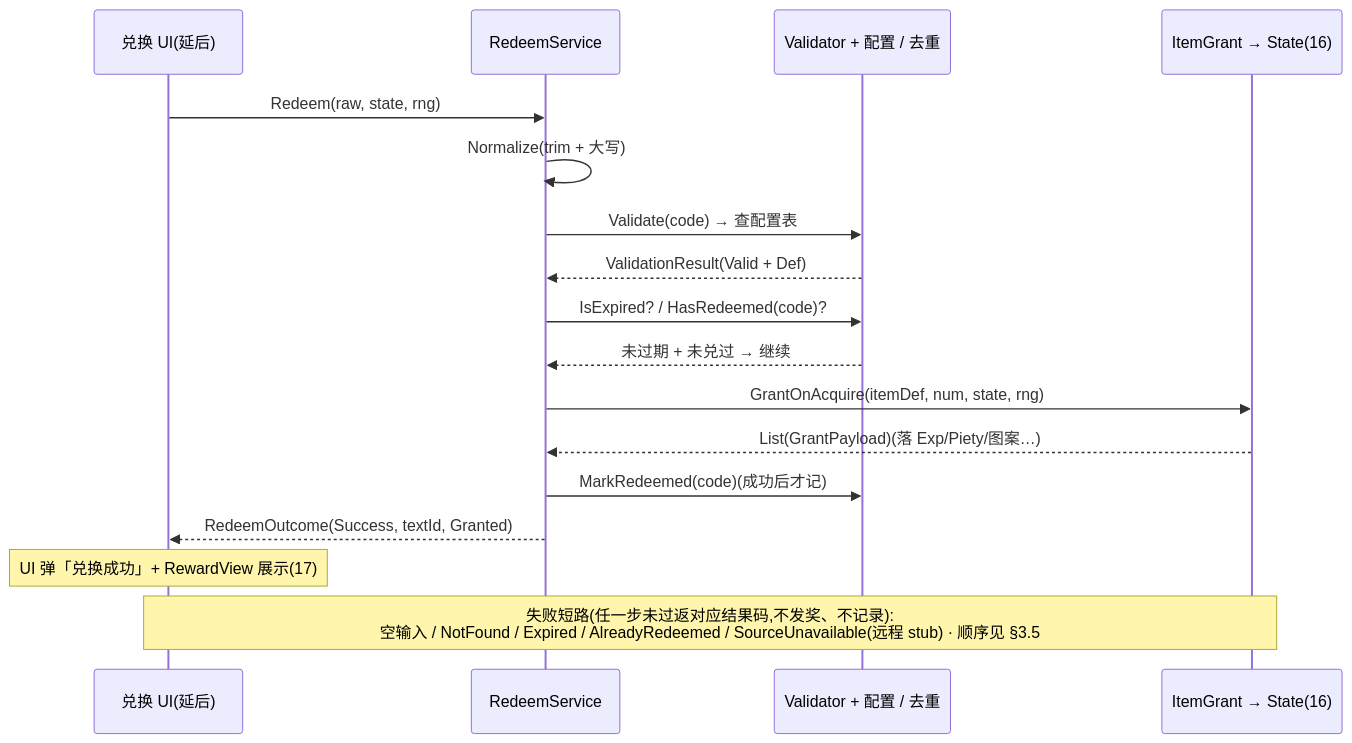
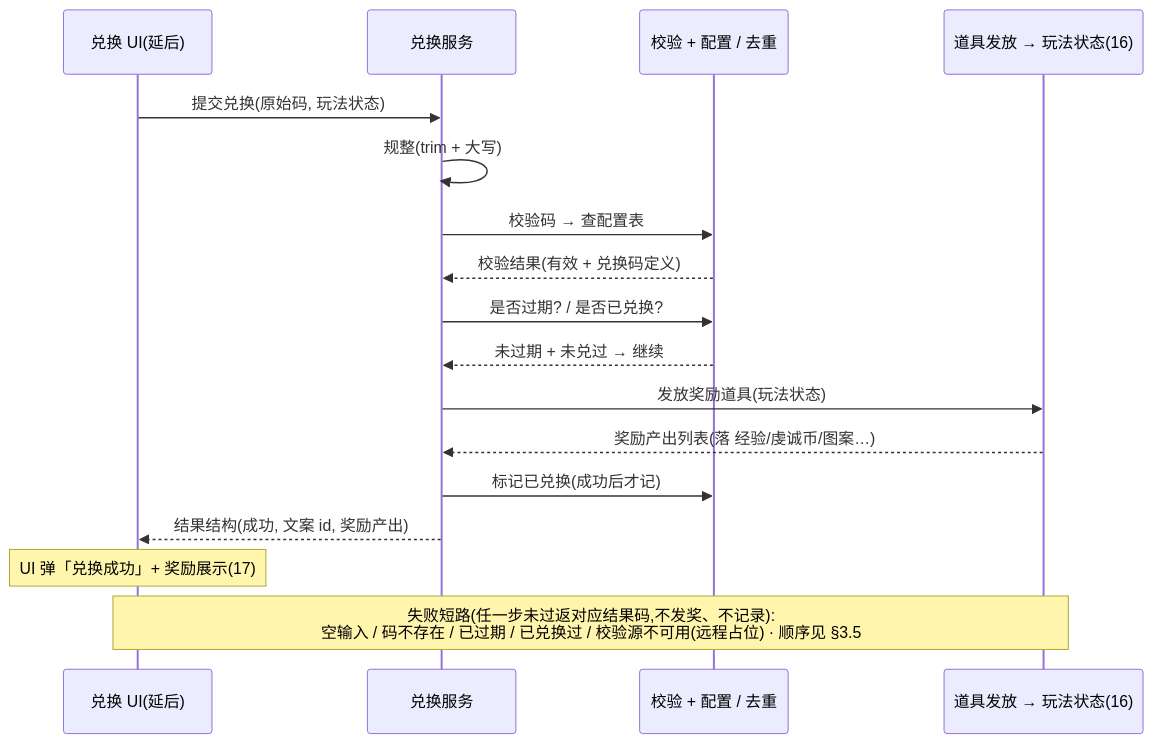
Before and after one commit to zhoupeng921101/TEngine_zp: the second of 2 diagrams in UnityProject/design-docs/20-redeem-code-system.md, drawn with Mermaid. The commit also changed other lines of this file and 20 other files, not shown here.

````diff
--- a/UnityProject/design-docs/20-redeem-code-system.md
+++ b/UnityProject/design-docs/20-redeem-code-system.md
@@ -365,19 +244,19 @@
 ```mermaid
 sequenceDiagram
     participant UI as 兑换 UI(延后)
-    participant S as RedeemService
-    participant V as Validator + 配置 / 去重
-    participant G as ItemGrant → State(16)
-    UI->>S: Redeem(raw, state, rng)
-    S->>S: Normalize(trim + 大写)
-    S->>V: Validate(code) → 查配置表
-    V-->>S: ValidationResult(Valid + Def)
-    S->>V: IsExpired? / HasRedeemed(code)?
+    participant S as 兑换服务
+    participant V as 校验 + 配置 / 去重
+    participant G as 道具发放 → 玩法状态(16)
+    UI->>S: 提交兑换(原始码, 玩法状态)
+    S->>S: 规整(trim + 大写)
+    S->>V: 校验码 → 查配置表
+    V-->>S: 校验结果(有效 + 兑换码定义)
+    S->>V: 是否过期? / 是否已兑换?
     V-->>S: 未过期 + 未兑过 → 继续
-    S->>G: GrantOnAcquire(itemDef, num, state, rng)
-    G-->>S: List(GrantPayload)(落 Exp/Piety/图案…)
-    S->>V: MarkRedeemed(code)(成功后才记)
-    S-->>UI: RedeemOutcome(Success, textId, Granted)
-    Note over UI: UI 弹「兑换成功」+ RewardView 展示(17)
-    Note over UI,G: 失败短路(任一步未过返对应结果码,不发奖、不记录):<br/>空输入 / NotFound / Expired / AlreadyRedeemed / SourceUnavailable(远程 stub) · 顺序见 §3.5
+    S->>G: 发放奖励道具(玩法状态)
+    G-->>S: 奖励产出列表(落 经验/虔诚币/图案…)
+    S->>V: 标记已兑换(成功后才记)
+    S-->>UI: 结果结构(成功, 文案 id, 奖励产出)
+    Note over UI: UI 弹「兑换成功」+ 奖励展示(17)
+    Note over UI,G: 失败短路(任一步未过返对应结果码,不发奖、不记录):<br/>空输入 / 码不存在 / 已过期 / 已兑换过 / 校验源不可用(远程占位) · 顺序见 §3.5
 ```
````
